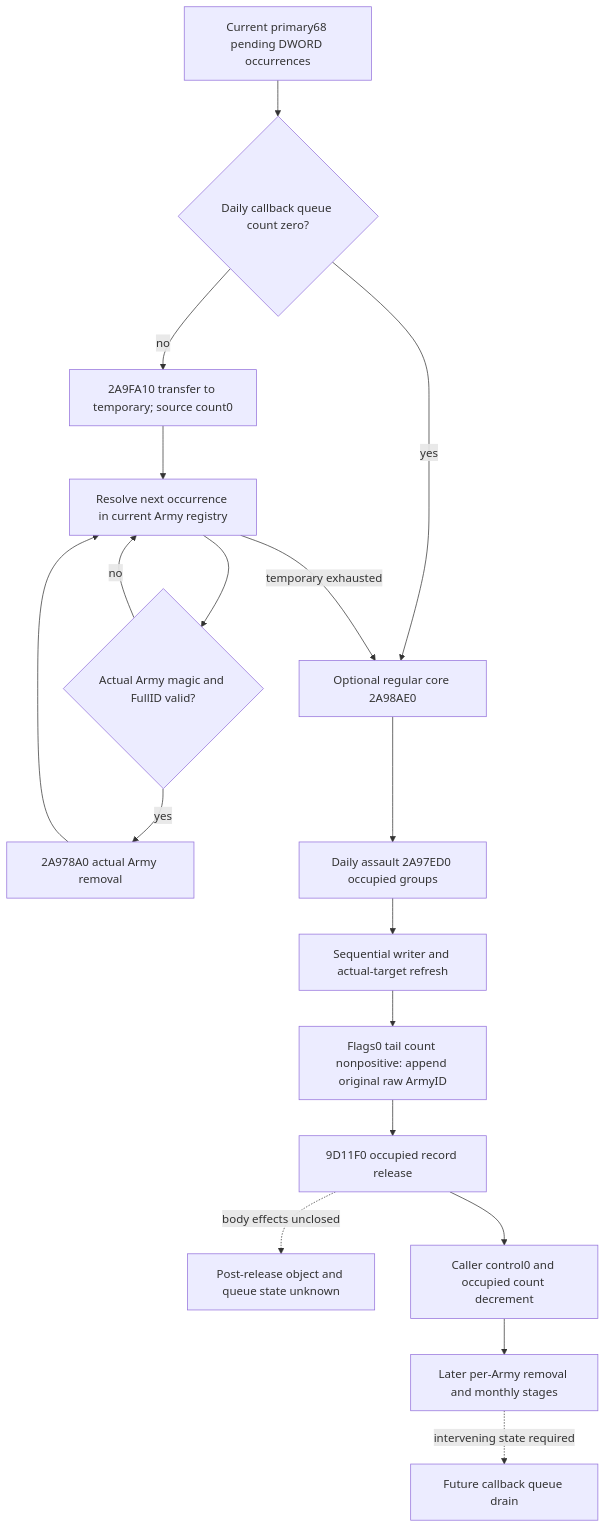
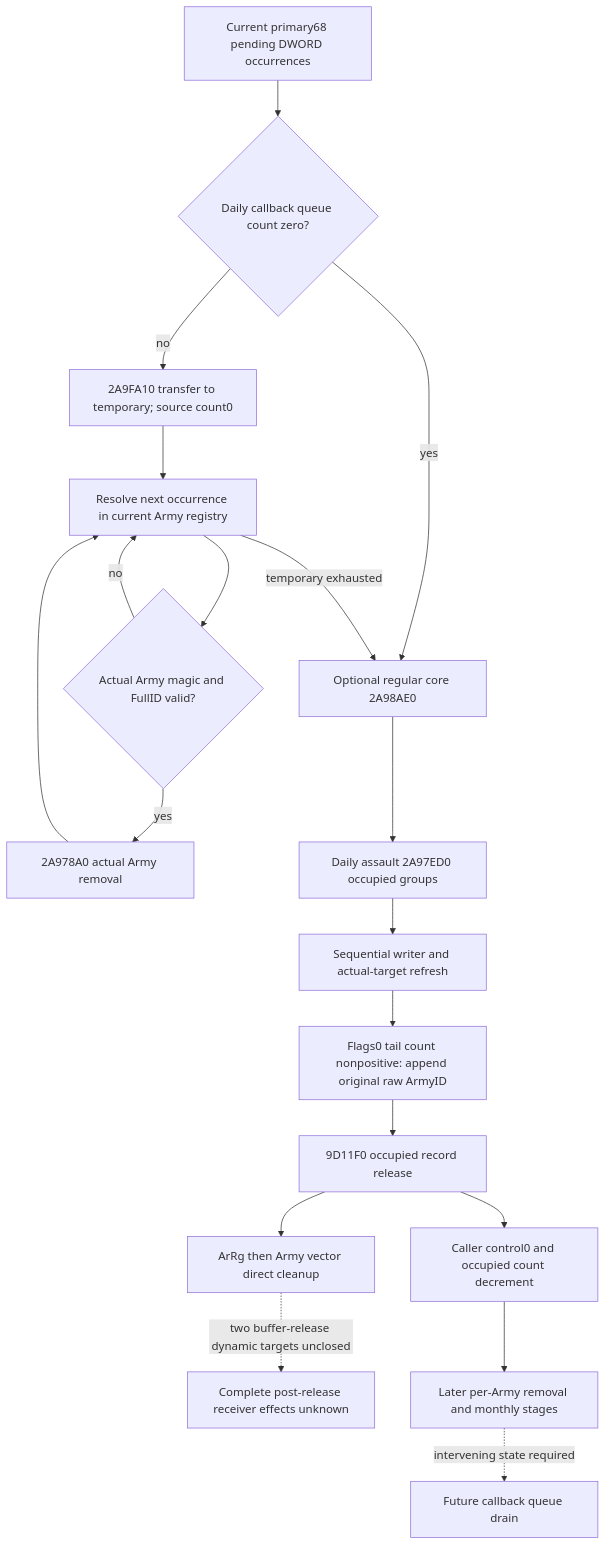
Before and after one commit to XenoAmess/ck3_eternal_recurrence: the diagram in docs/ck3-native-ai/army-daily-assault-queue-release-12003.md, drawn with Mermaid. The commit also changed other lines of this file and 3 other files, not shown here.

Commit message:
Assemble conditional assault pending queue before record release

````diff
--- a/docs/ck3-native-ai/army-daily-assault-queue-release-12003.md
+++ b/docs/ck3-native-ai/army-daily-assault-queue-release-12003.md
@@ -21,20 +21,21 @@
 ```mermaid
 flowchart TD
   Q[Current primary68 pending DWORD occurrences] --> E{Daily callback queue count zero?}
   E -->|no| T[2A9FA10 transfer to temporary; source count0]
   T --> I[Resolve next occurrence in current Army registry]
   I --> V{Actual Army magic and FullID valid?}
   V -->|no| I
   V -->|yes| R[2A978A0 actual Army removal]
   R --> I
   E -->|yes| C[Optional regular core 2A98AE0]
   I -->|temporary exhausted| C
   C --> A[Daily assault 2A97ED0 occupied groups]
   A --> P[Sequential writer and actual-target refresh]
   P --> N[Flags0 tail count nonpositive: append original raw ArmyID]
   N --> G[9D11F0 occupied record release]
-  G -. body effects unclosed .-> U[Post-release object and queue state unknown]
+  G --> RV[ArRg then Army vector direct cleanup]
+  RV -. two buffer-release dynamic targets unclosed .-> U[Complete post-release receiver effects unknown]
   G --> O[Caller control0 and occupied count decrement]
   O --> L[Later per-Army removal and monthly stages]
   L -. intervening state required .-> D[Future callback queue drain]
 ```
````
